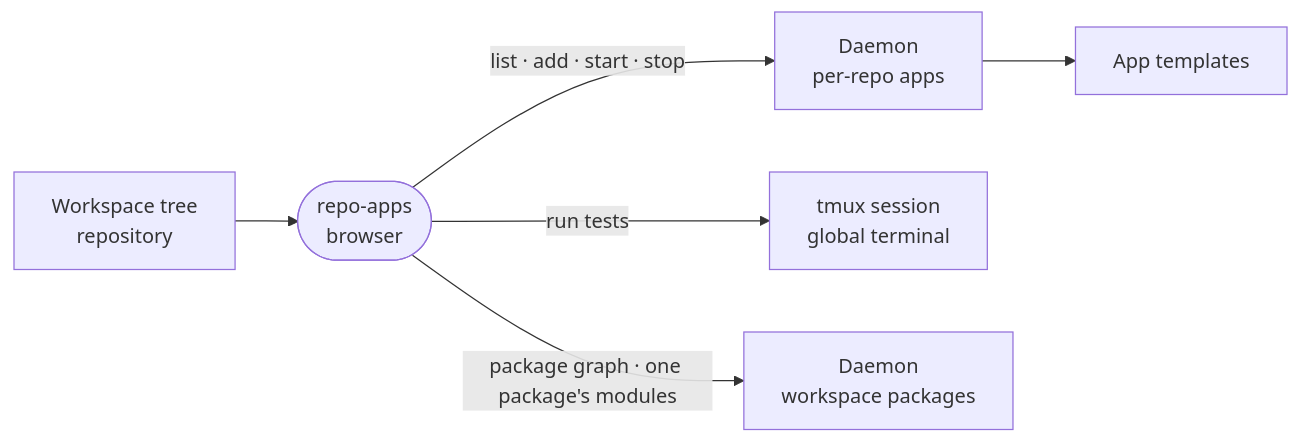
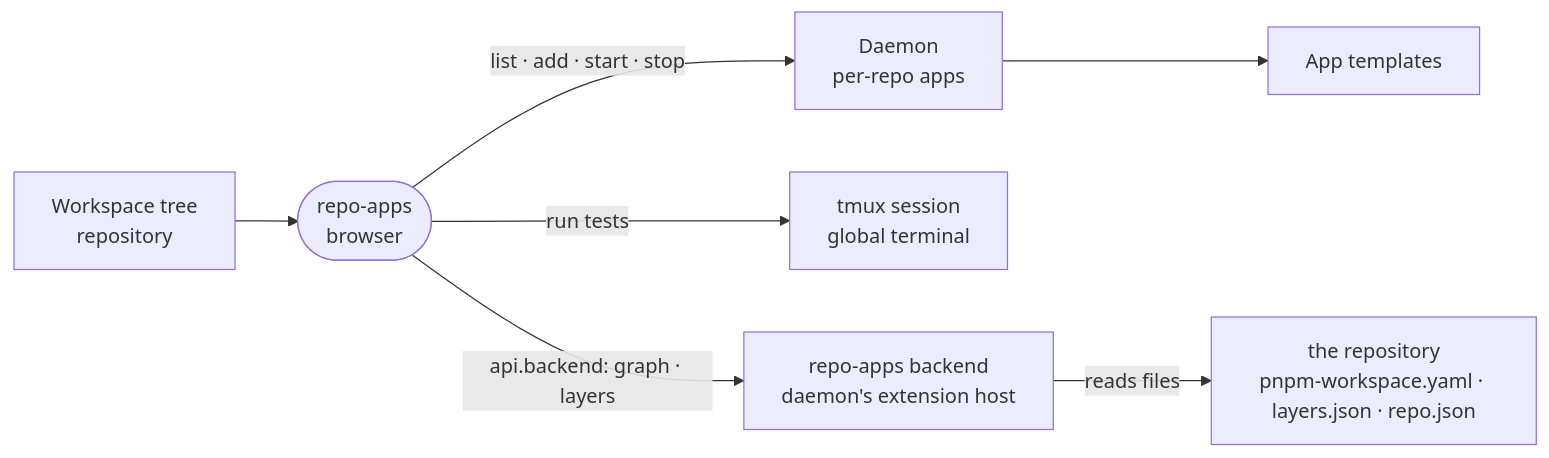
The diagram in _extensions/repo-apps/README.md (intentic/intentic), drawn with Mermaid before and after one commit. The commit also changed other lines of this file and 587 other files, not shown here.

````diff
--- a/_extensions/repo-apps/README.md
+++ b/_extensions/repo-apps/README.md
@@ -5,8 +5,9 @@
 ```mermaid
 flowchart LR
     tree["Workspace tree<br/>repository"] --> ext(["repo-apps<br/>browser"])
     ext -->|"list · add · start · stop"| apps["Daemon<br/>per-repo apps"]
     ext -->|"run tests"| tmux["tmux session<br/>global terminal"]
-    ext -->|"package graph · one package's modules"| pkgs["Daemon<br/>workspace packages"]
+    ext -->|"api.backend: graph · layers"| backend["repo-apps backend<br/>daemon's extension host"]
+    backend -->|"reads files"| files["the repository<br/>pnpm-workspace.yaml · layers.json · repo.json"]
     apps --> tpl["App templates"]
 ```
````
